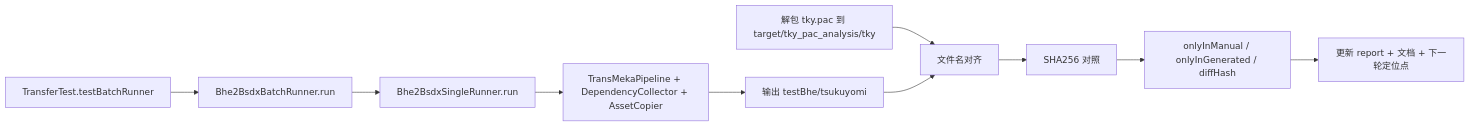
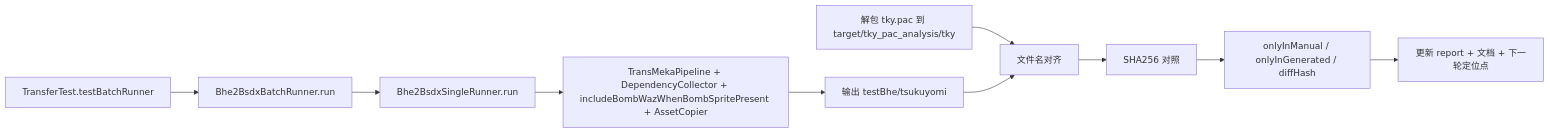
Diagram 15 of 15 in docs/project-deep-dive/flow.md (Karaik/NeXAS_DX), drawn with Mermaid before and after one commit. The commit also changed other lines of this file and 7 other files, not shown here.

````diff
--- a/docs/project-deep-dive/flow.md
+++ b/docs/project-deep-dive/flow.md
@@ -514,12 +517,12 @@
 ```mermaid
 flowchart LR
   A[TransferTest.testBatchRunner] --> B[Bhe2BsdxBatchRunner.run]
   B --> C[Bhe2BsdxSingleRunner.run]
-  C --> D[TransMekaPipeline + DependencyCollector + AssetCopier]
+  C --> D[TransMekaPipeline + DependencyCollector + includeBombWazWhenBombSpritePresent + AssetCopier]
   D --> E[输出 testBhe/tsukuyomi]
   F[解包 tky.pac 到 target/tky_pac_analysis/tky] --> G[文件名对齐]
   E --> G
   G --> H[SHA256 对照]
   H --> I[onlyInManual / onlyInGenerated / diffHash]
   I --> J[更新 report + 文档 + 下一轮定位点]
 ```
````
